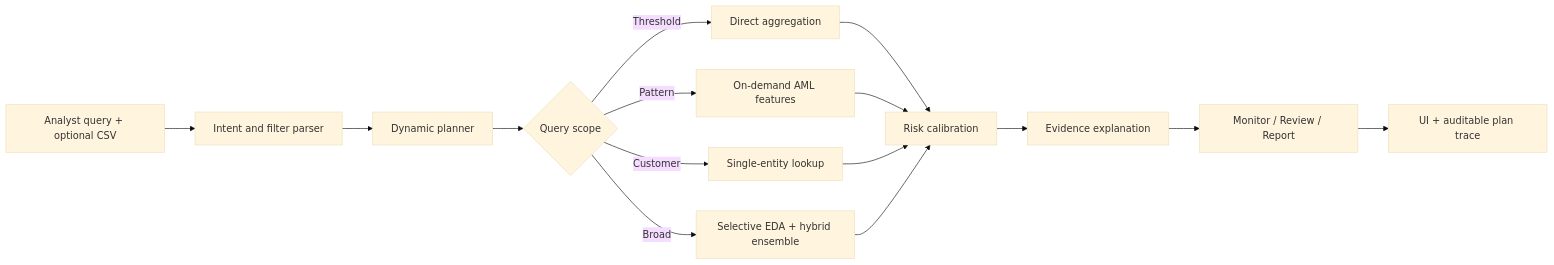
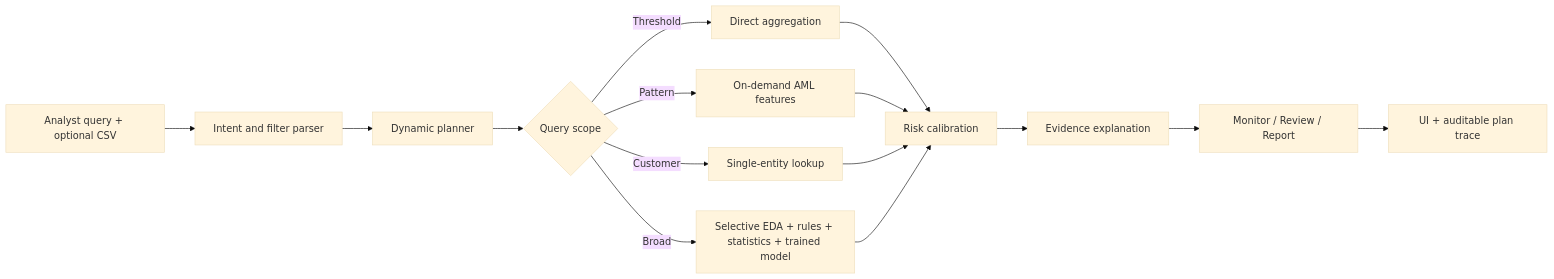
Before and after one commit to deveshsinghal09/CipherSAR: the diagram in README.md, drawn with Mermaid (base theme). The commit also changed other lines of this file and 7 other files, not shown here.

````diff
--- a/README.md
+++ b/README.md
@@ -66,17 +70,17 @@
 ```mermaid
 flowchart LR
     A["Analyst query + optional CSV"] --> B["Intent and filter parser"]
     B --> C["Dynamic planner"]
     C --> D{"Query scope"}
     D -->|"Threshold"| E["Direct aggregation"]
     D -->|"Pattern"| F["On-demand AML features"]
     D -->|"Customer"| G["Single-entity lookup"]
-    D -->|"Broad"| H["Selective EDA + hybrid ensemble"]
+    D -->|"Broad"| H["Selective EDA + rules + statistics + trained model"]
     E --> I["Risk calibration"]
     F --> I
     G --> I
     H --> I
     I --> J["Evidence explanation"]
     J --> K["Monitor / Review / Report"]
     K --> L["UI + auditable plan trace"]
 ```
````
